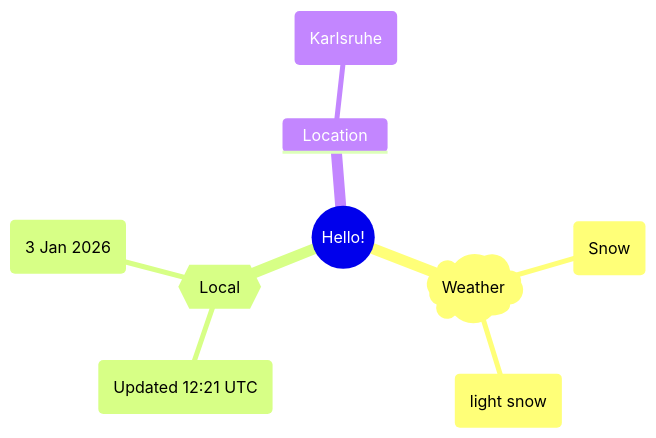
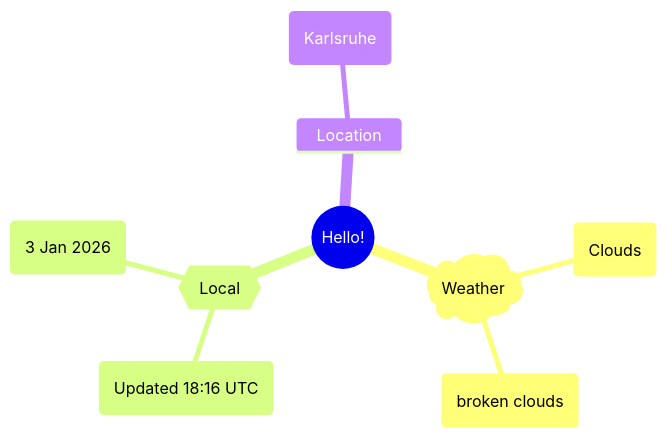
The first of 2 diagrams in README.md (Xosrov/Xosrov), drawn with Mermaid before and after one commit.

Commit message:
[bot] updated images

````diff
--- a/README.md
+++ b/README.md
@@ -3,12 +3,12 @@
 ```mermaid
 mindmap
   root((Hello!))
     )Weather(
-        (Snow)
-        (light snow)
+        (Clouds)
+        (broken clouds)
     {{Local}}
-        (Updated 12:21 UTC)
+        (Updated 18:16 UTC)
         (3 Jan 2026)
     Location
         (Karlsruhe)
 ```
````
